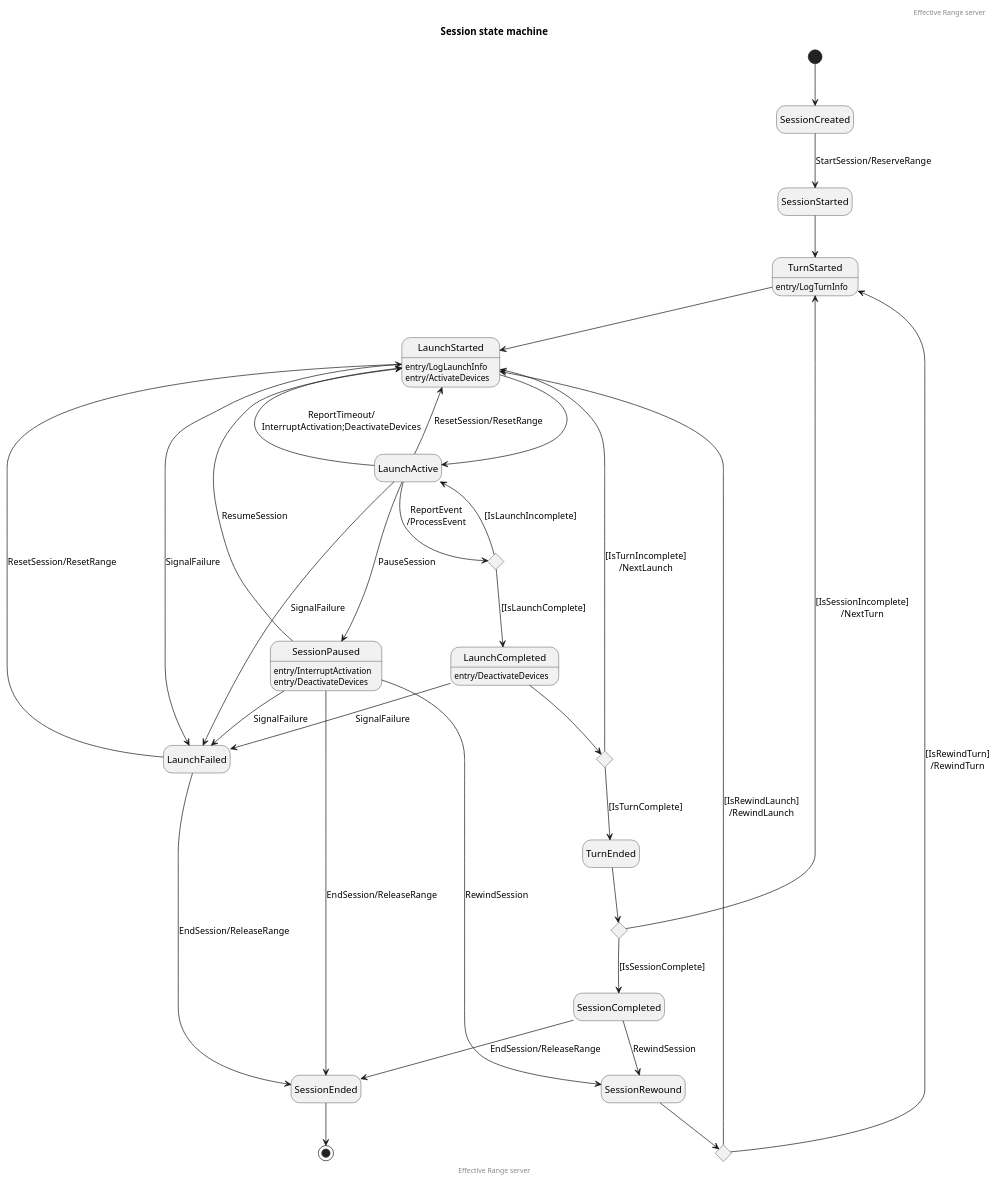
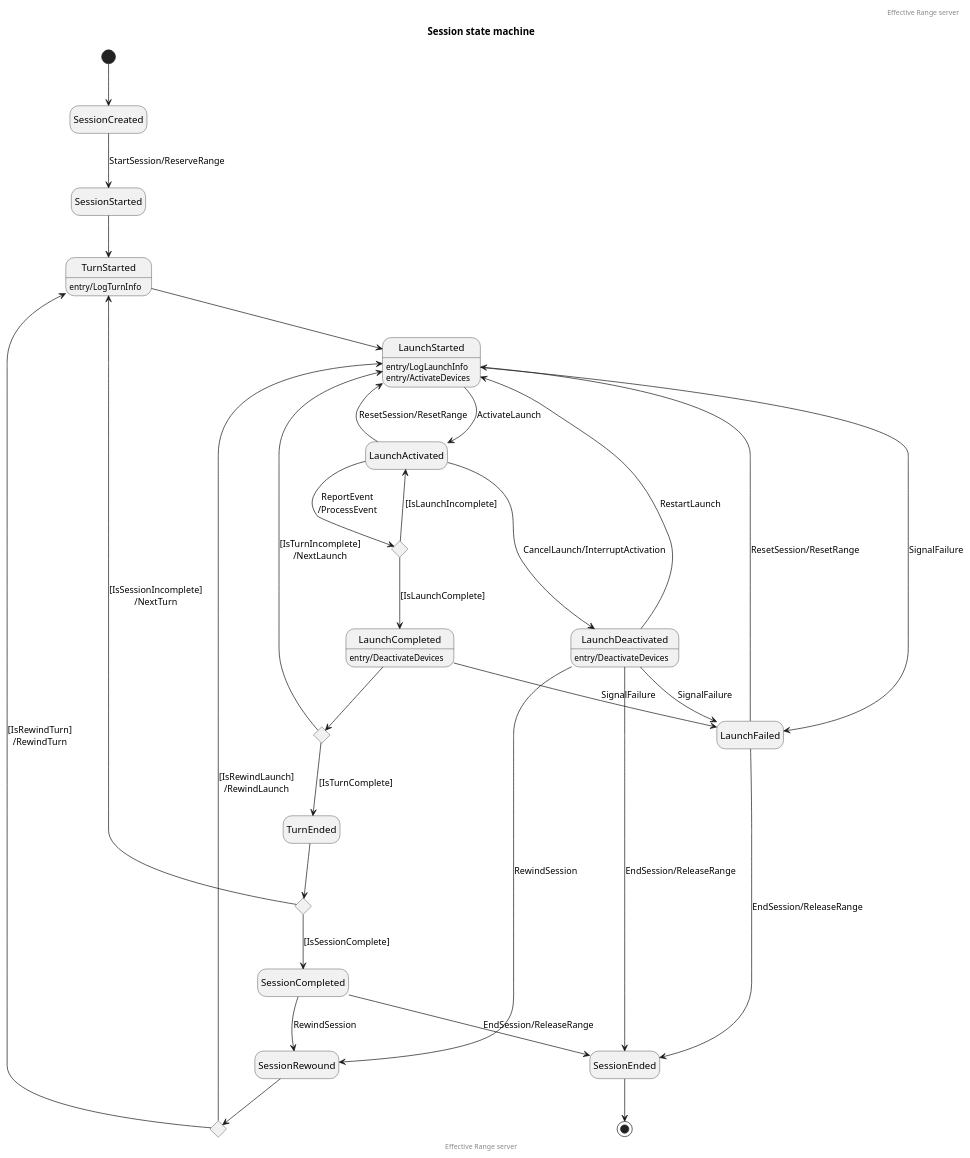
The diagram in state/server-session.puml (EffectiveRange/effective-range-api), drawn with PlantUML before and after one commit.

Commit message:
Refactor server session state diagram (#34)

```diff
--- a/state/server-session.puml
+++ b/state/server-session.puml
@@ -1,71 +1,67 @@
 @startuml
 hide empty description
 
 header Effective Range server
 title Session state machine
 
 [*] --> SessionCreated
 SessionCreated --> SessionStarted : StartSession/ReserveRange
 SessionStarted --> TurnStarted
 TurnStarted : entry/LogTurnInfo
 TurnStarted --> LaunchStarted
 
 LaunchStarted : entry/LogLaunchInfo
 LaunchStarted : entry/ActivateDevices
-LaunchStarted --> LaunchActive
+LaunchStarted --> LaunchActivated : ActivateLaunch
 
-state LaunchActiveChoice <<choice>>
+state LaunchActivatedChoice <<choice>>
 
 ' Successful launch
-LaunchActive --> LaunchActiveChoice : ReportEvent\n/ProcessEvent
-LaunchActiveChoice --> LaunchActive : [IsLaunchIncomplete]
-LaunchActiveChoice --> LaunchCompleted : [IsLaunchComplete]
+LaunchActivated --> LaunchActivatedChoice : ReportEvent\n/ProcessEvent
+LaunchActivatedChoice --> LaunchActivated : [IsLaunchIncomplete]
+LaunchActivatedChoice --> LaunchCompleted : [IsLaunchComplete]
 LaunchCompleted : entry/DeactivateDevices
 
 state LaunchCompleteChoice <<choice>>
 
 LaunchCompleted --> LaunchCompleteChoice
 LaunchCompleteChoice --> LaunchStarted : [IsTurnIncomplete]\n/NextLaunch
 LaunchCompleteChoice --> TurnEnded : [IsTurnComplete]
 
+LaunchActivated --> LaunchDeactivated : CancelLaunch/InterruptActivation
+LaunchDeactivated : entry/DeactivateDevices
+LaunchDeactivated --> LaunchFailed : SignalFailure
+LaunchDeactivated --> SessionEnded : EndSession/ReleaseRange
+
 ' Event report timout
-LaunchActive --> LaunchStarted : ReportTimeout/\nInterruptActivation;DeactivateDevices
+LaunchDeactivated --> LaunchStarted : RestartLaunch
 
 ' Failed launch
 LaunchStarted --> LaunchFailed : SignalFailure
-LaunchActive --> LaunchFailed : SignalFailure
-SessionPaused --> LaunchFailed : SignalFailure
 LaunchCompleted --> LaunchFailed : SignalFailure
 LaunchFailed --> LaunchStarted : ResetSession/ResetRange
 LaunchFailed --> SessionEnded : EndSession/ReleaseRange
 
-' Paused session
-LaunchActive --> SessionPaused : PauseSession
-SessionPaused : entry/InterruptActivation
-SessionPaused : entry/DeactivateDevices
-SessionPaused --> LaunchStarted : ResumeSession
-SessionPaused --> SessionEnded : EndSession/ReleaseRange
-
 ' Continue session after server restart
-LaunchActive --> LaunchStarted : ResetSession/ResetRange
+LaunchActivated --> LaunchStarted : ResetSession/ResetRange
 
 ' Rewound session
 state SessionRewoundChoice <<choice>>
 
-SessionPaused --> SessionRewound : RewindSession
+LaunchDeactivated --> SessionRewound : RewindSession
 SessionRewound --> SessionRewoundChoice
 SessionRewoundChoice --> LaunchStarted : [IsRewindLaunch]\n/RewindLaunch
 SessionRewoundChoice --> TurnStarted : [IsRewindTurn]\n/RewindTurn
 
 state TurnEndedChoice <<choice>>
 
 TurnEnded --> TurnEndedChoice
 TurnEndedChoice --> TurnStarted : [IsSessionIncomplete]\n/NextTurn
 TurnEndedChoice --> SessionCompleted : [IsSessionComplete]
 SessionCompleted --> SessionRewound : RewindSession
 SessionCompleted --> SessionEnded : EndSession/ReleaseRange
 SessionEnded --> [*]
 
 footer Effective Range server
 
 @enduml
```
